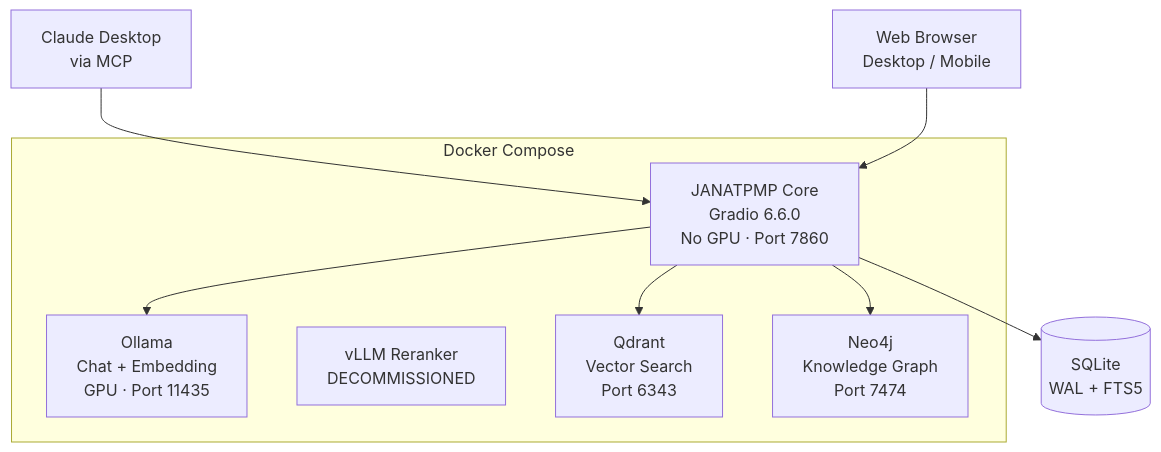
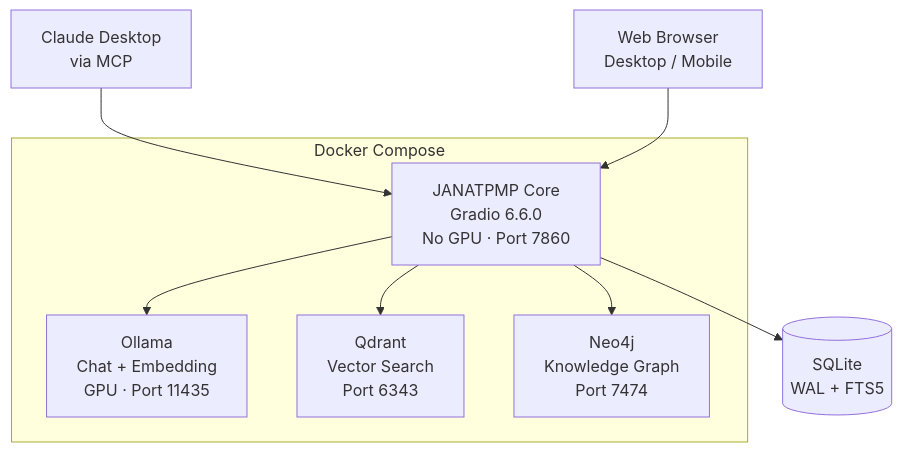
The first of 2 diagrams in README.md (janat-llc/janatpmp), drawn with Mermaid before and after one commit. The commit also changed other lines of this file and 1 other file, not shown here.

````diff
--- a/README.md
+++ b/README.md
@@ -20,19 +20,18 @@
 ```mermaid
 graph TB
     subgraph Docker Compose
         Core[JANATPMP Core<br/>Gradio 6.6.0<br/>No GPU · Port 7860]
         Ollama[Ollama<br/>Chat + Embedding<br/>GPU · Port 11435]
-        vLLM[vLLM Reranker<br/>DECOMMISSIONED]
         Qdrant[Qdrant<br/>Vector Search<br/>Port 6343]
         Neo4j[Neo4j<br/>Knowledge Graph<br/>Port 7474]
     end
 
     SQLite[(SQLite<br/>WAL + FTS5)]
     Core --> SQLite
     Core --> Ollama
     Core --> Qdrant
     Core --> Neo4j
 
     Claude[Claude Desktop<br/>via MCP] --> Core
     Browser[Web Browser<br/>Desktop / Mobile] --> Core
 ```
````
